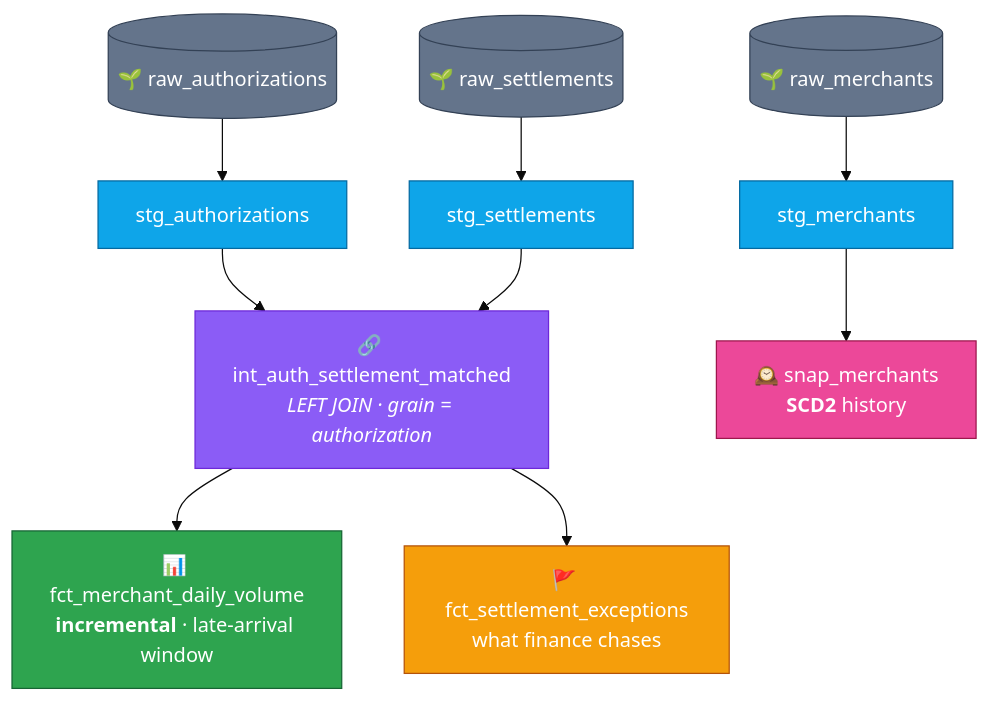
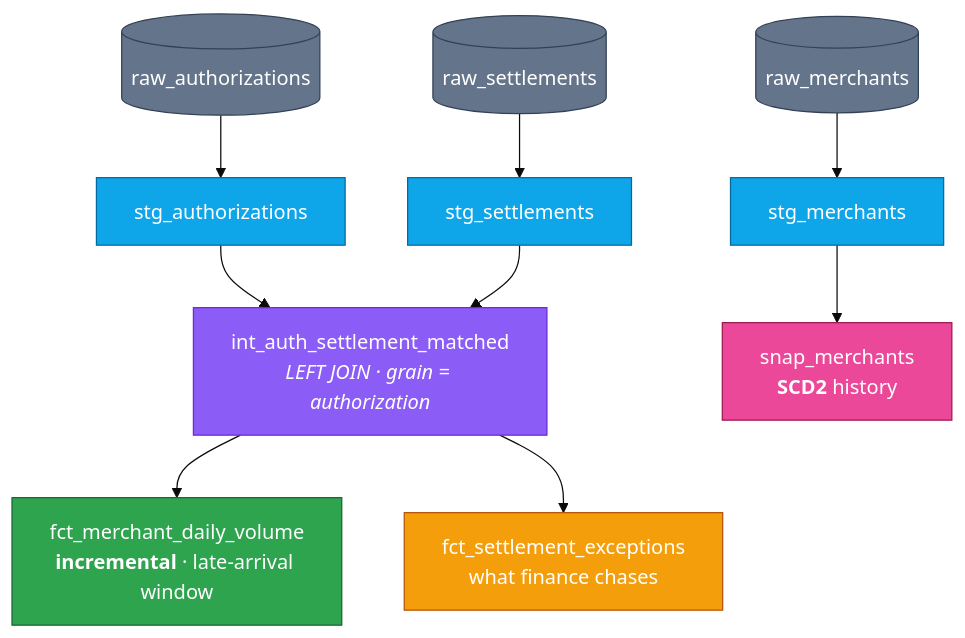
One commit to swapnatondapu7-netizen/merchant-settlement-dbt changed the second of 2 diagrams in README.md. Above: the diagram before and after it, drawn with Mermaid (base theme). The commit also changed other lines of this file, not shown here.

````diff
--- a/README.md
+++ b/README.md
@@ -58,24 +58,24 @@
 ```mermaid
 flowchart TD
-    R1[("🌱 raw_authorizations")] --> S1["stg_authorizations"]
-    R2[("🌱 raw_settlements")] --> S2["stg_settlements"]
-    R3[("🌱 raw_merchants")] --> S3["stg_merchants"]
+    R1[("raw_authorizations")] --> S1["stg_authorizations"]
+    R2[("raw_settlements")] --> S2["stg_settlements"]
+    R3[("raw_merchants")] --> S3["stg_merchants"]
 
-    S1 --> I["🔗 int_auth_settlement_matched<br/><i>LEFT JOIN · grain = authorization</i>"]
+    S1 --> I["int_auth_settlement_matched<br/><i>LEFT JOIN · grain = authorization</i>"]
     S2 --> I
 
-    I --> M1["📊 fct_merchant_daily_volume<br/><b>incremental</b> · late-arrival window"]
-    I --> M2["🚩 fct_settlement_exceptions<br/>what finance chases"]
-    S3 --> SN["🕰️ snap_merchants<br/><b>SCD2</b> history"]
+    I --> M1["fct_merchant_daily_volume<br/><b>incremental</b> · late-arrival window"]
+    I --> M2["fct_settlement_exceptions<br/>what finance chases"]
+    S3 --> SN["snap_merchants<br/><b>SCD2</b> history"]
 
     style R1 fill:#64748b,stroke:#334155,color:#fff
     style R2 fill:#64748b,stroke:#334155,color:#fff
     style R3 fill:#64748b,stroke:#334155,color:#fff
     style S1 fill:#0ea5e9,stroke:#0369a1,color:#fff
     style S2 fill:#0ea5e9,stroke:#0369a1,color:#fff
     style S3 fill:#0ea5e9,stroke:#0369a1,color:#fff
     style I fill:#8b5cf6,stroke:#6d28d9,color:#fff
     style M1 fill:#2ea44f,stroke:#166534,color:#fff
     style M2 fill:#f59e0b,stroke:#b45309,color:#fff
     style SN fill:#ec4899,stroke:#9d174d,color:#fff
 ```
````
